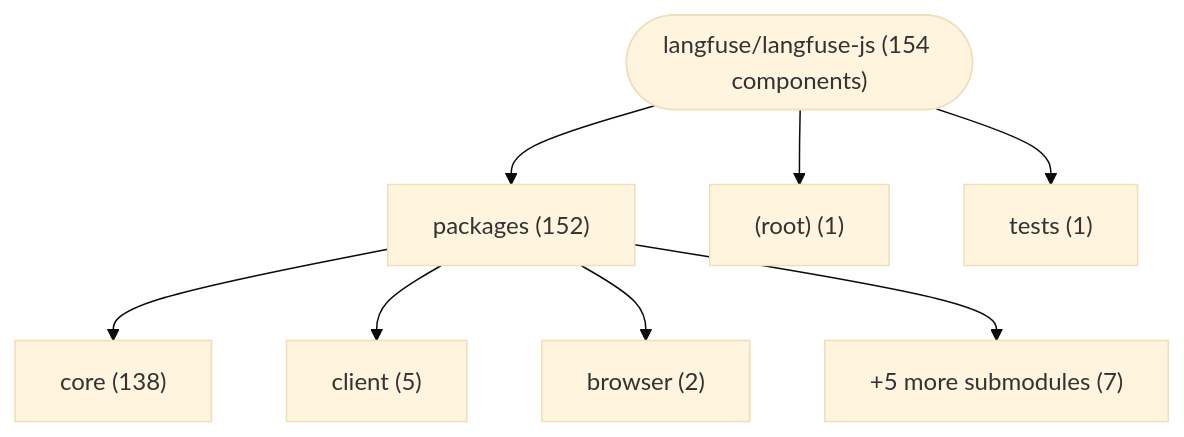
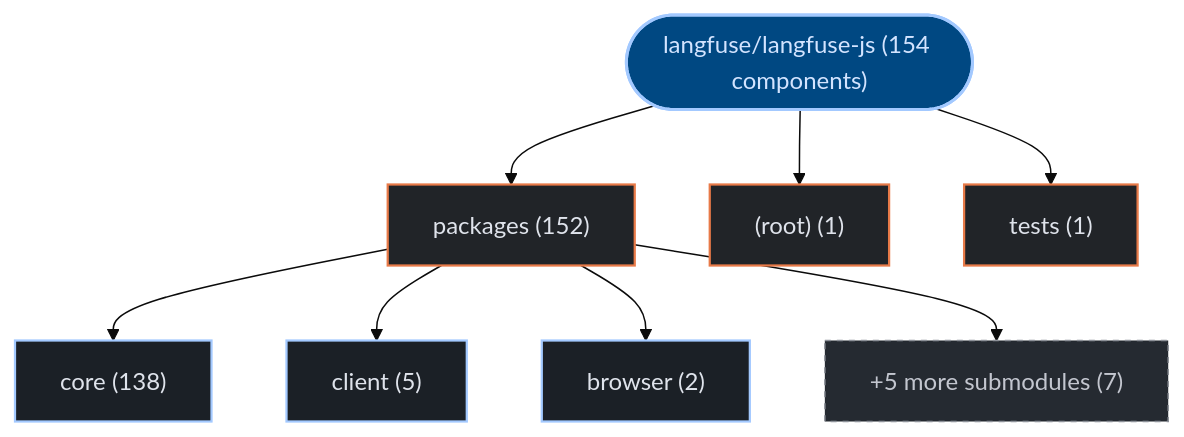
Before and after one commit to kumarshaz/atruss-code-atlas: the first of 3 diagrams in exports/latest/reports/langfuse-langfuse-js-report.md, drawn with Mermaid (base theme). The commit also changed other lines of this file and 331 other files, not shown here.

Commit message:
docs,ui,fix: update SDLC docs, reorder CI/CD DAG first, stylize Mermaid, and fix Arc42 pipeline topology

````diff
--- a/exports/latest/reports/langfuse-langfuse-js-report.md
+++ b/exports/latest/reports/langfuse-langfuse-js-report.md
@@ -42,18 +42,25 @@
 ```mermaid
 graph TD;
-    repo_root(["langfuse/langfuse-js (154 components)"])
-    dir_0_packages["packages (152)"]
+  classDef atlasRoot fill:#004882,stroke:#a3c9ff,stroke-width:2px,color:#d3e4ff
+  classDef atlasCategory fill:#212428,stroke:#E87A48,stroke-width:1.5px,color:#dfe3eb
+  classDef atlasWorkflow fill:#1b2026,stroke:#a3c9ff,stroke-width:1.5px,color:#dfe3eb
+  classDef atlasJob fill:#171c22,stroke:#8d9199,stroke-width:1px,color:#dfe3eb
+  classDef atlasTarget fill:#005227,stroke:#8bd99b,stroke-width:1.5px,color:#a7f6b6
+  classDef atlasAlert fill:#93000a,stroke:#ffb4ab,stroke-width:1.5px,color:#ffdad6
+  classDef atlasMore fill:#252a31,stroke:#8d9199,stroke-dasharray:4 4,color:#c3c6cf
+    repo_root(["langfuse/langfuse-js (154 components)"]):::atlasRoot
+    dir_0_packages["packages (152)"]:::atlasCategory
     repo_root --> dir_0_packages
-    sub_0_0_core["core (138)"]
+    sub_0_0_core["core (138)"]:::atlasWorkflow
     dir_0_packages --> sub_0_0_core
-    sub_0_1_client["client (5)"]
+    sub_0_1_client["client (5)"]:::atlasWorkflow
     dir_0_packages --> sub_0_1_client
-    sub_0_2_browser["browser (2)"]
+    sub_0_2_browser["browser (2)"]:::atlasWorkflow
     dir_0_packages --> sub_0_2_browser
-    sub_0_more["+5 more submodules (7)"]
+    sub_0_more["+5 more submodules (7)"]:::atlasMore
     dir_0_packages --> sub_0_more
-    dir_1__root_["(root) (1)"]
+    dir_1__root_["(root) (1)"]:::atlasCategory
     repo_root --> dir_1__root_
-    dir_2_tests["tests (1)"]
+    dir_2_tests["tests (1)"]:::atlasCategory
     repo_root --> dir_2_tests
 ```
````
